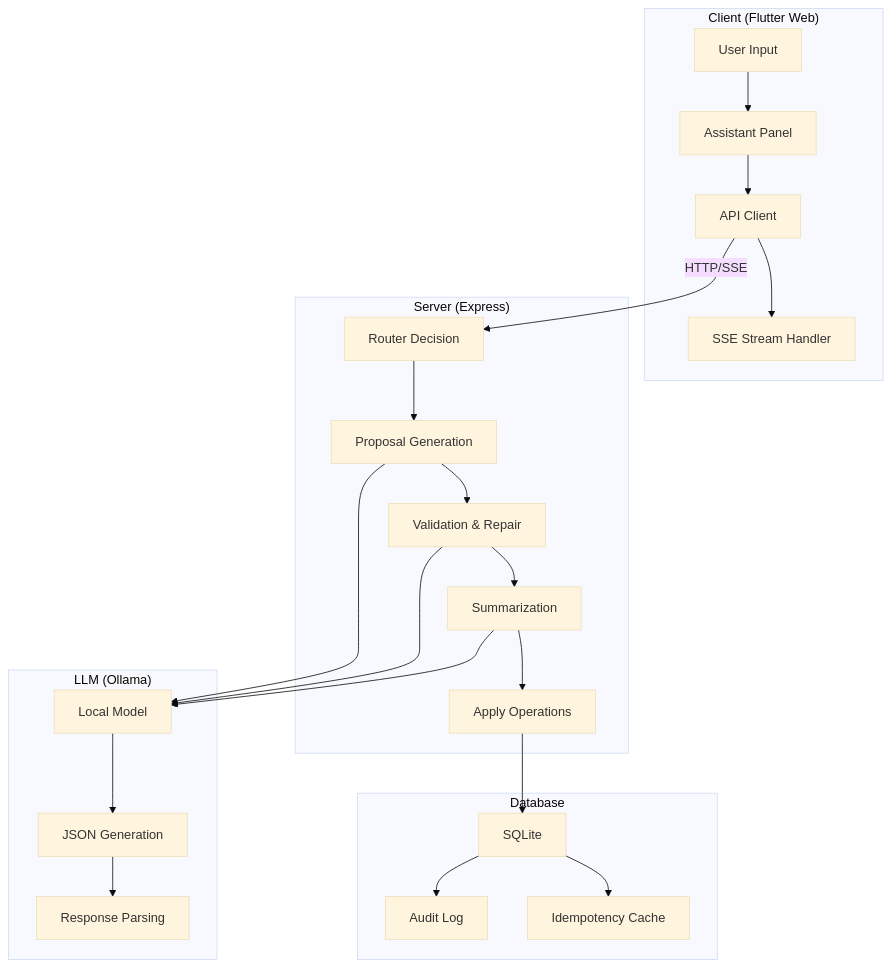
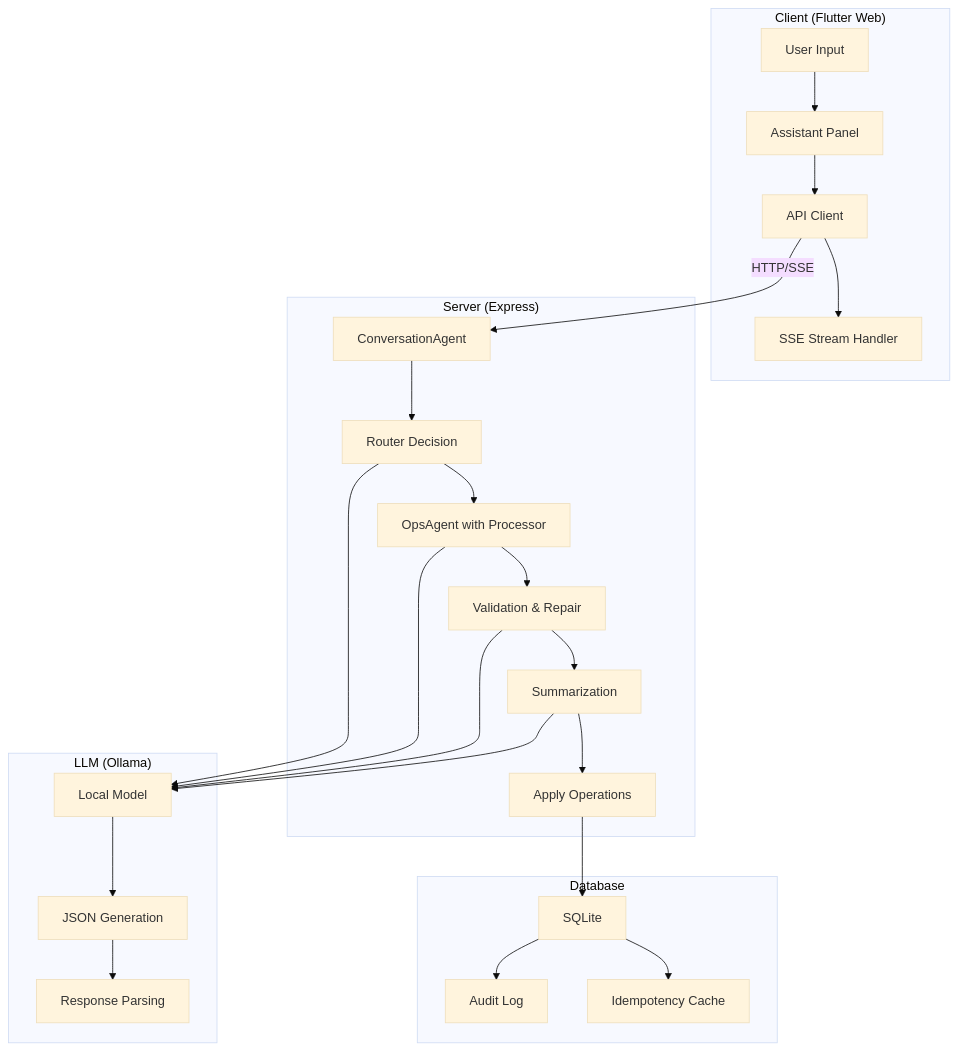
One commit to dantheman454/habit_app changed the diagram in docs/mindmap/assistant_chat_mindmap.md. Above: the diagram before and after it, drawn with Mermaid (base theme). The commit also changed other lines of this file and 4 other files, not shown here.

First line of the commit message:
feat: enhance API surface and assistant chat flow with new MCP operations

````diff
--- a/docs/mindmap/assistant_chat_mindmap.md
+++ b/docs/mindmap/assistant_chat_mindmap.md
@@ -7,31 +7,33 @@
 ```mermaid
 graph TD
     subgraph "Client (Flutter Web)"
         A[User Input] --> B[Assistant Panel]
         B --> C[API Client]
         C --> D[SSE Stream Handler]
     end
     
     subgraph "Server (Express)"
-        E[Router Decision] --> F[Proposal Generation]
-        F --> G[Validation & Repair]
-        G --> H[Summarization]
-        H --> I[Apply Operations]
+        E[ConversationAgent] --> F[Router Decision]
+        F --> G[OpsAgent with Processor]
+        G --> H[Validation & Repair]
+        H --> I[Summarization]
+        I --> J[Apply Operations]
     end
     
     subgraph "LLM (Ollama)"
-        J[Local Model] --> K[JSON Generation]
-        K --> L[Response Parsing]
+        K[Local Model] --> L[JSON Generation]
+        L --> M[Response Parsing]
     end
     
     subgraph "Database"
-        M[SQLite] --> N[Audit Log]
-        M --> O[Idempotency Cache]
+        N[SQLite] --> O[Audit Log]
+        N --> P[Idempotency Cache]
     end
     
     C -->|HTTP/SSE| E
-    F --> J
-    G --> J
-    H --> J
-    I --> M
+    F --> K
+    G --> K
+    H --> K
+    I --> K
+    J --> N
 ```
````
